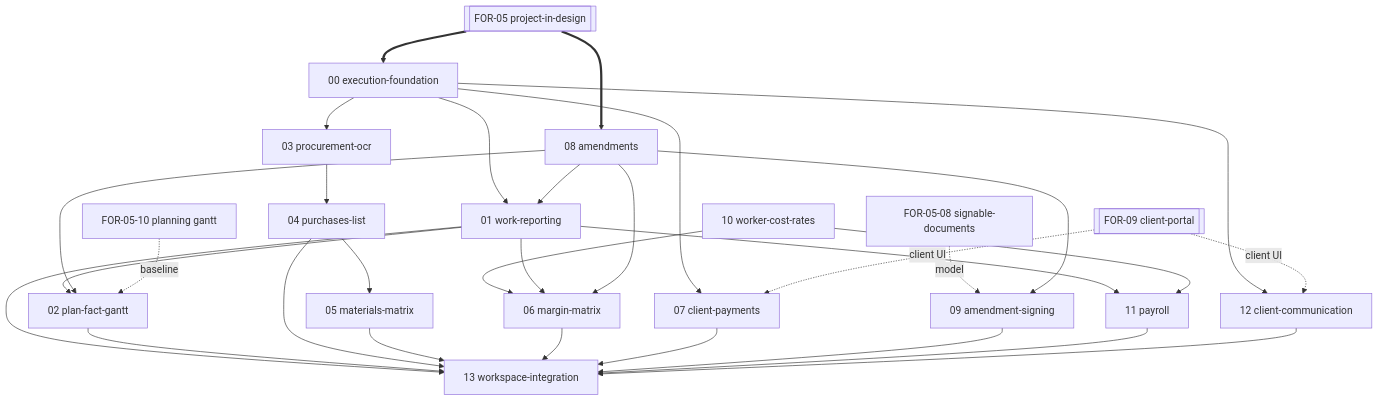
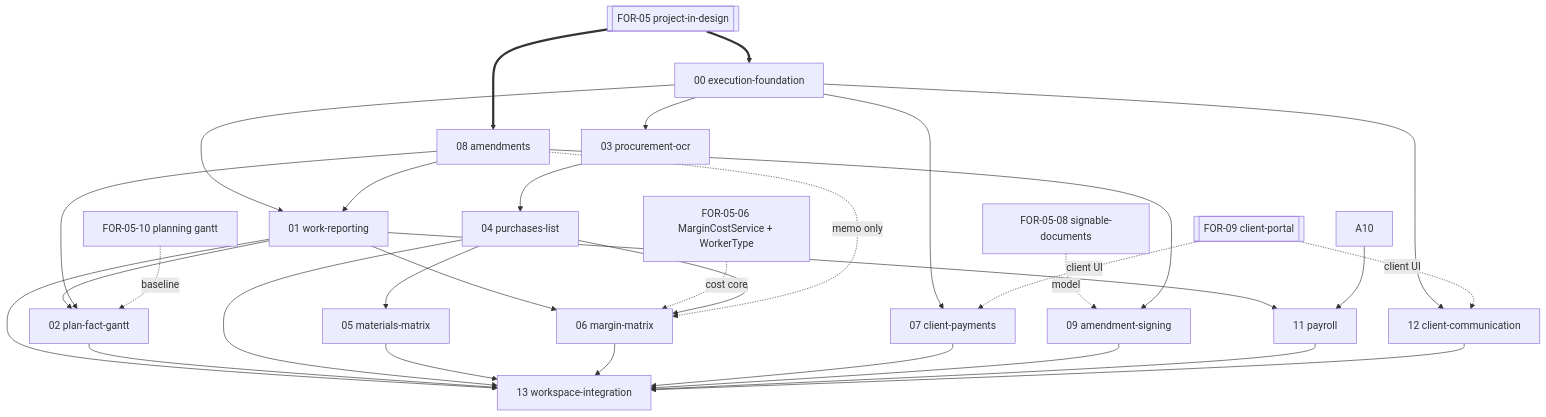
Before and after one commit to ctoloaders/foremen: the diagram in .kiro/specs/FOR-06-project-in-progress/OVERVIEW.md, drawn with Mermaid. The commit also changed other lines of this file and 98 other files, not shown here.

````diff
--- a/.kiro/specs/FOR-06-project-in-progress/OVERVIEW.md
+++ b/.kiro/specs/FOR-06-project-in-progress/OVERVIEW.md
@@ -111,33 +113,34 @@
 ```mermaid
 graph TD
     FOR05[[FOR-05 project-in-design]] ==> F00[00 execution-foundation]
     FOR05 ==> A08[08 amendments]
     F00 --> A01[01 work-reporting]
     A08 --> A01
     A01 --> A02[02 plan-fact-gantt]
     A08 --> A02
     G10[FOR-05-10 planning gantt] -.baseline.-> A02
     F00 --> A03[03 procurement-ocr]
     A03 --> A04[04 purchases-list]
     A04 --> A05[05 materials-matrix]
-    A10[10 worker-cost-rates] --> A06[06 margin-matrix]
-    A01 --> A06
-    A08 --> A06
+    A01 --> A06[06 margin-matrix]
+    M06[FOR-05-06 MarginCostService + WorkerType] -.cost core.-> A06
+    A04 --> A06
+    A08 -.memo only.-> A06
     S08[FOR-05-08 signable-documents] -.model.-> A09[09 amendment-signing]
     A08 --> A09
     F00 --> A07[07 client-payments]
     A01 --> A11[11 payroll]
     A10 --> A11
     F00 --> A12[12 client-communication]
     FOR09[[FOR-09 client-portal]] -.client UI.-> A07
     FOR09 -.client UI.-> A12
     A01 --> A13[13 workspace-integration]
     A02 --> A13
     A04 --> A13
     A05 --> A13
     A06 --> A13
     A07 --> A13
     A09 --> A13
     A11 --> A13
     A12 --> A13
 ```
````
